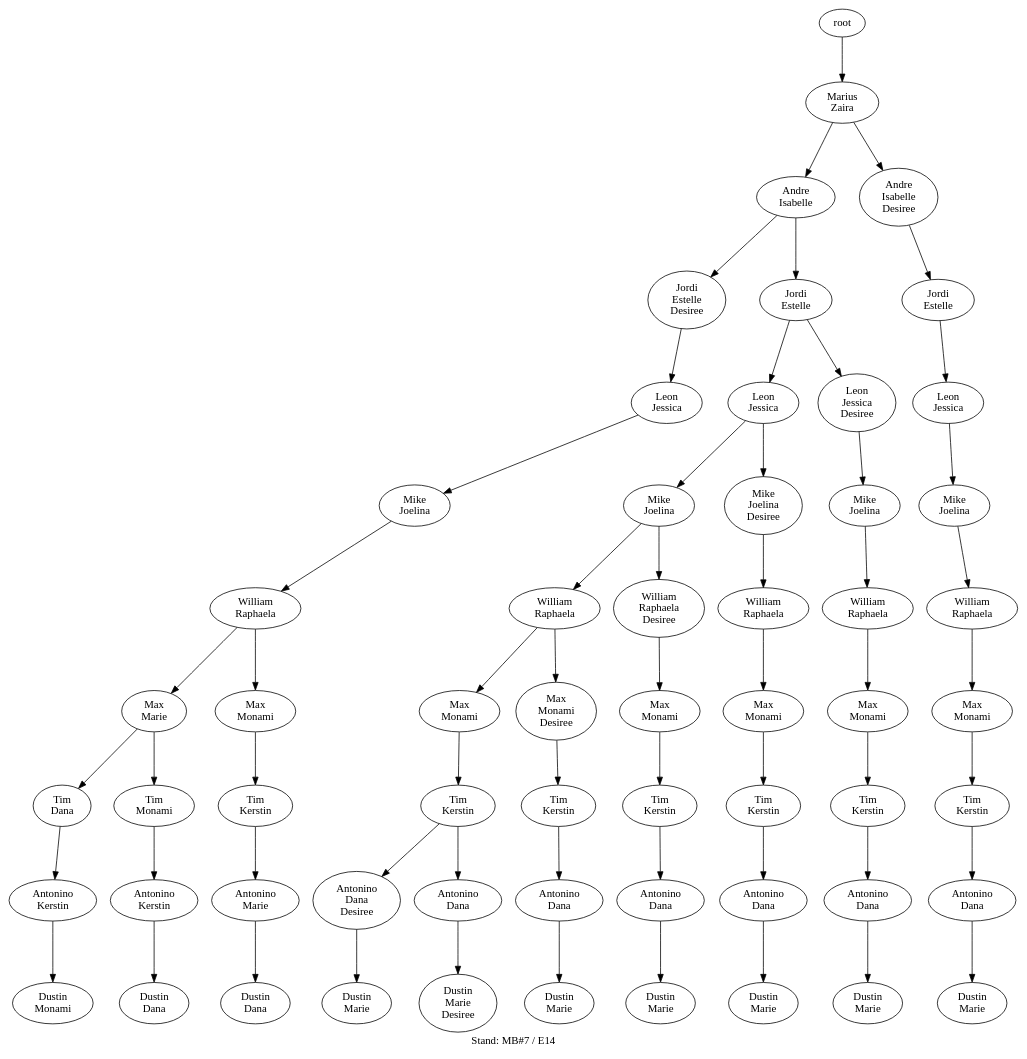
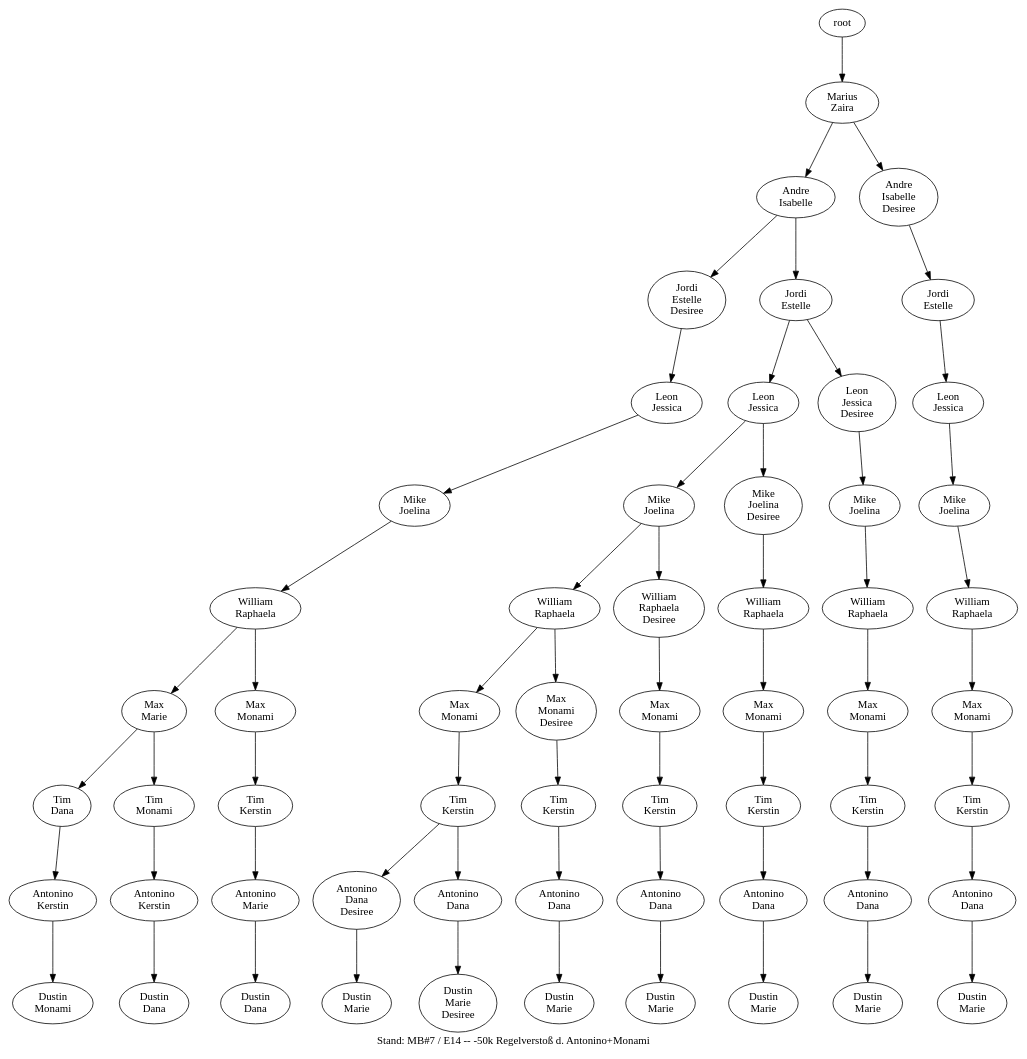
Before and after one commit to atticus-sullivan/sim-ayto: the diagram in data/de03/de03_13_tree.dot, drawn with Graphviz. The commit also changed 88 other files, not shown here.

```diff
--- a/data/de03/de03_13_tree.dot
+++ b/data/de03/de03_13_tree.dot
@@ -1,118 +1,118 @@
-digraph D { labelloc="b"; label="Stand: MB#7 / E14"; ranksep=0.8;
+digraph D { labelloc="b"; label="Stand: MB#7 / E14 -- -50k Regelverstoß d. Antonino+Monami"; ranksep=0.8;
 "root/9"[label="Marius\nZaira"]
 "root" -> "root/9";
 "root/9/2"[label="Andre\nIsabelle"]
 "root/9" -> "root/9/2";
 "root/9/2/1,10"[label="Jordi\nEstelle\nDesiree"]
 "root/9/2" -> "root/9/2/1,10";
 "root/9/2/1,10/3"[label="Leon\nJessica"]
 "root/9/2/1,10" -> "root/9/2/1,10/3";
 "root/9/2/1,10/3/4"[label="Mike\nJoelina"]
 "root/9/2/1,10/3" -> "root/9/2/1,10/3/4";
 "root/9/2/1,10/3/4/8"[label="William\nRaphaela"]
 "root/9/2/1,10/3/4" -> "root/9/2/1,10/3/4/8";
 "root/9/2/1,10/3/4/8/6"[label="Max\nMarie"]
 "root/9/2/1,10/3/4/8" -> "root/9/2/1,10/3/4/8/6";
 "root/9/2/1,10/3/4/8/6/0"[label="Tim\nDana"]
 "root/9/2/1,10/3/4/8/6" -> "root/9/2/1,10/3/4/8/6/0";
 "root/9/2/1,10/3/4/8/6/0/5"[label="Antonino\nKerstin"]
 "root/9/2/1,10/3/4/8/6/0" -> "root/9/2/1,10/3/4/8/6/0/5";
 "root/9/2/1,10/3/4/8/6/0/5/7"[label="Dustin\nMonami"]
 "root/9/2/1,10/3/4/8/6/0/5" -> "root/9/2/1,10/3/4/8/6/0/5/7";
 "root/9/2/1,10/3/4/8/7"[label="Max\nMonami"]
 "root/9/2/1,10/3/4/8" -> "root/9/2/1,10/3/4/8/7";
 "root/9/2/1,10/3/4/8/7/5"[label="Tim\nKerstin"]
 "root/9/2/1,10/3/4/8/7" -> "root/9/2/1,10/3/4/8/7/5";
 "root/9/2/1,10/3/4/8/7/5/6"[label="Antonino\nMarie"]
 "root/9/2/1,10/3/4/8/7/5" -> "root/9/2/1,10/3/4/8/7/5/6";
 "root/9/2/1,10/3/4/8/7/5/6/0"[label="Dustin\nDana"]
 "root/9/2/1,10/3/4/8/7/5/6" -> "root/9/2/1,10/3/4/8/7/5/6/0";
 "root/9/2,10"[label="Andre\nIsabelle\nDesiree"]
 "root/9" -> "root/9/2,10";
 "root/9/2,10/1"[label="Jordi\nEstelle"]
 "root/9/2,10" -> "root/9/2,10/1";
 "root/9/2,10/1/3"[label="Leon\nJessica"]
 "root/9/2,10/1" -> "root/9/2,10/1/3";
 "root/9/2,10/1/3/4"[label="Mike\nJoelina"]
 "root/9/2,10/1/3" -> "root/9/2,10/1/3/4";
 "root/9/2,10/1/3/4/8"[label="William\nRaphaela"]
 "root/9/2,10/1/3/4" -> "root/9/2,10/1/3/4/8";
 "root/9/2,10/1/3/4/8/7"[label="Max\nMonami"]
 "root/9/2,10/1/3/4/8" -> "root/9/2,10/1/3/4/8/7";
 "root/9/2,10/1/3/4/8/7/5"[label="Tim\nKerstin"]
 "root/9/2,10/1/3/4/8/7" -> "root/9/2,10/1/3/4/8/7/5";
 "root/9/2,10/1/3/4/8/7/5/0"[label="Antonino\nDana"]
 "root/9/2,10/1/3/4/8/7/5" -> "root/9/2,10/1/3/4/8/7/5/0";
 "root/9/2,10/1/3/4/8/7/5/0/6"[label="Dustin\nMarie"]
 "root/9/2,10/1/3/4/8/7/5/0" -> "root/9/2,10/1/3/4/8/7/5/0/6";
 "root/9/2/1"[label="Jordi\nEstelle"]
 "root/9/2" -> "root/9/2/1";
 "root/9/2/1/3"[label="Leon\nJessica"]
 "root/9/2/1" -> "root/9/2/1/3";
 "root/9/2/1/3/4"[label="Mike\nJoelina"]
 "root/9/2/1/3" -> "root/9/2/1/3/4";
 "root/9/2/1/3/4/8"[label="William\nRaphaela"]
 "root/9/2/1/3/4" -> "root/9/2/1/3/4/8";
 "root/9/2/1/3/4/8/7"[label="Max\nMonami"]
 "root/9/2/1/3/4/8" -> "root/9/2/1/3/4/8/7";
 "root/9/2/1/3/4/8/7/5"[label="Tim\nKerstin"]
 "root/9/2/1/3/4/8/7" -> "root/9/2/1/3/4/8/7/5";
 "root/9/2/1/3/4/8/7/5/0,10"[label="Antonino\nDana\nDesiree"]
 "root/9/2/1/3/4/8/7/5" -> "root/9/2/1/3/4/8/7/5/0,10";
 "root/9/2/1/3/4/8/7/5/0,10/6"[label="Dustin\nMarie"]
 "root/9/2/1/3/4/8/7/5/0,10" -> "root/9/2/1/3/4/8/7/5/0,10/6";
 "root/9/2/1/3/4/8/7/5/0"[label="Antonino\nDana"]
 "root/9/2/1/3/4/8/7/5" -> "root/9/2/1/3/4/8/7/5/0";
 "root/9/2/1/3/4/8/7/5/0/6,10"[label="Dustin\nMarie\nDesiree"]
 "root/9/2/1/3/4/8/7/5/0" -> "root/9/2/1/3/4/8/7/5/0/6,10";
 "root/9/2/1/3,10"[label="Leon\nJessica\nDesiree"]
 "root/9/2/1" -> "root/9/2/1/3,10";
 "root/9/2/1/3,10/4"[label="Mike\nJoelina"]
 "root/9/2/1/3,10" -> "root/9/2/1/3,10/4";
 "root/9/2/1/3,10/4/8"[label="William\nRaphaela"]
 "root/9/2/1/3,10/4" -> "root/9/2/1/3,10/4/8";
 "root/9/2/1/3,10/4/8/7"[label="Max\nMonami"]
 "root/9/2/1/3,10/4/8" -> "root/9/2/1/3,10/4/8/7";
 "root/9/2/1/3,10/4/8/7/5"[label="Tim\nKerstin"]
 "root/9/2/1/3,10/4/8/7" -> "root/9/2/1/3,10/4/8/7/5";
 "root/9/2/1/3,10/4/8/7/5/0"[label="Antonino\nDana"]
 "root/9/2/1/3,10/4/8/7/5" -> "root/9/2/1/3,10/4/8/7/5/0";
 "root/9/2/1/3,10/4/8/7/5/0/6"[label="Dustin\nMarie"]
 "root/9/2/1/3,10/4/8/7/5/0" -> "root/9/2/1/3,10/4/8/7/5/0/6";
 "root/9/2/1/3/4/8/7,10"[label="Max\nMonami\nDesiree"]
 "root/9/2/1/3/4/8" -> "root/9/2/1/3/4/8/7,10";
 "root/9/2/1/3/4/8/7,10/5"[label="Tim\nKerstin"]
 "root/9/2/1/3/4/8/7,10" -> "root/9/2/1/3/4/8/7,10/5";
 "root/9/2/1/3/4/8/7,10/5/0"[label="Antonino\nDana"]
 "root/9/2/1/3/4/8/7,10/5" -> "root/9/2/1/3/4/8/7,10/5/0";
 "root/9/2/1/3/4/8/7,10/5/0/6"[label="Dustin\nMarie"]
 "root/9/2/1/3/4/8/7,10/5/0" -> "root/9/2/1/3/4/8/7,10/5/0/6";
 "root/9/2/1/3/4,10"[label="Mike\nJoelina\nDesiree"]
 "root/9/2/1/3" -> "root/9/2/1/3/4,10";
 "root/9/2/1/3/4,10/8"[label="William\nRaphaela"]
 "root/9/2/1/3/4,10" -> "root/9/2/1/3/4,10/8";
 "root/9/2/1/3/4,10/8/7"[label="Max\nMonami"]
 "root/9/2/1/3/4,10/8" -> "root/9/2/1/3/4,10/8/7";
 "root/9/2/1/3/4,10/8/7/5"[label="Tim\nKerstin"]
 "root/9/2/1/3/4,10/8/7" -> "root/9/2/1/3/4,10/8/7/5";
 "root/9/2/1/3/4,10/8/7/5/0"[label="Antonino\nDana"]
 "root/9/2/1/3/4,10/8/7/5" -> "root/9/2/1/3/4,10/8/7/5/0";
 "root/9/2/1/3/4,10/8/7/5/0/6"[label="Dustin\nMarie"]
 "root/9/2/1/3/4,10/8/7/5/0" -> "root/9/2/1/3/4,10/8/7/5/0/6";
 "root/9/2/1/3/4/8,10"[label="William\nRaphaela\nDesiree"]
 "root/9/2/1/3/4" -> "root/9/2/1/3/4/8,10";
 "root/9/2/1/3/4/8,10/7"[label="Max\nMonami"]
 "root/9/2/1/3/4/8,10" -> "root/9/2/1/3/4/8,10/7";
 "root/9/2/1/3/4/8,10/7/5"[label="Tim\nKerstin"]
 "root/9/2/1/3/4/8,10/7" -> "root/9/2/1/3/4/8,10/7/5";
 "root/9/2/1/3/4/8,10/7/5/0"[label="Antonino\nDana"]
 "root/9/2/1/3/4/8,10/7/5" -> "root/9/2/1/3/4/8,10/7/5/0";
 "root/9/2/1/3/4/8,10/7/5/0/6"[label="Dustin\nMarie"]
 "root/9/2/1/3/4/8,10/7/5/0" -> "root/9/2/1/3/4/8,10/7/5/0/6";
 "root/9/2/1,10/3/4/8/6/7"[label="Tim\nMonami"]
 "root/9/2/1,10/3/4/8/6" -> "root/9/2/1,10/3/4/8/6/7";
 "root/9/2/1,10/3/4/8/6/7/5"[label="Antonino\nKerstin"]
 "root/9/2/1,10/3/4/8/6/7" -> "root/9/2/1,10/3/4/8/6/7/5";
 "root/9/2/1,10/3/4/8/6/7/5/0"[label="Dustin\nDana"]
 "root/9/2/1,10/3/4/8/6/7/5" -> "root/9/2/1,10/3/4/8/6/7/5/0";
 }
```
